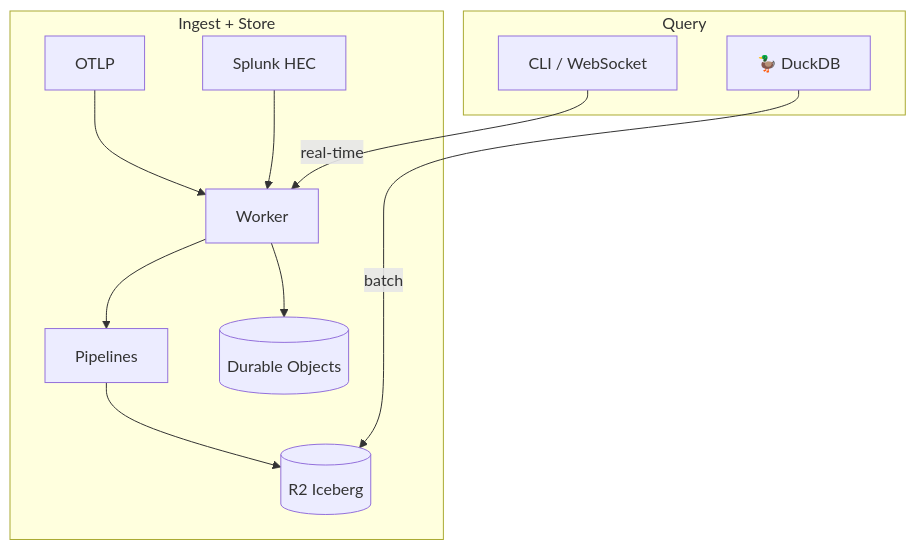
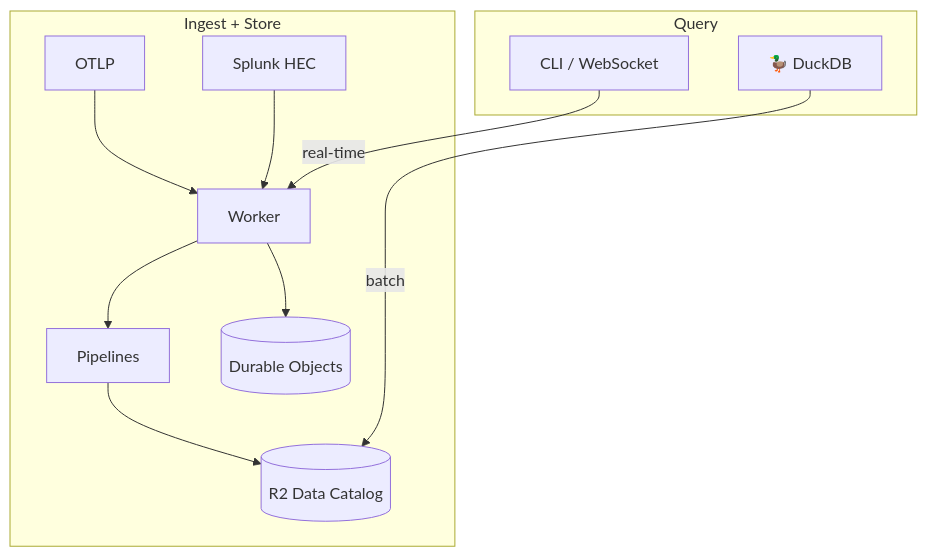
One commit to smithclay/otlp2pipeline changed the diagram in README.md. Above: the diagram before and after it, drawn with Mermaid. The commit also changed 1 other file, not shown here.

Commit message:
feat(frontend): add Iceberg REST Catalog API client
Add low-level API functions for the Iceberg REST Catalog: listNamespaces, listTables, loadTable. Also update README diagram to use R2 Data Catalog terminology.

🤖 Generated with [Claude Code](https://claude.com/claude-code)

````diff
--- a/README.md
+++ b/README.md
@@ -12,15 +12,15 @@
 ```mermaid
 flowchart TB
     subgraph Ingest["Ingest + Store"]
         OTLP[OTLP] --> W[Worker]
         HEC[Splunk HEC] --> W
         W --> P[Pipelines]
         W --> DOs[(Durable Objects)]
-        P --> R2[(R2 Iceberg)]
+        P --> R2[(R2 Data Catalog)]
     end
 
     subgraph Query["Query"]
         CLI[CLI / WebSocket] -->|real-time| W
         DuckDB[🦆 DuckDB] -->|batch| R2
     end
 ```
````
